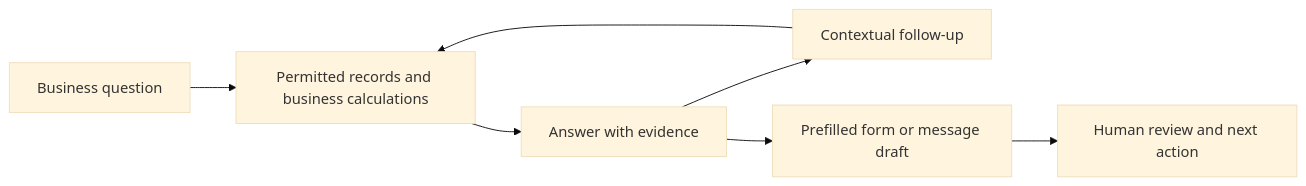
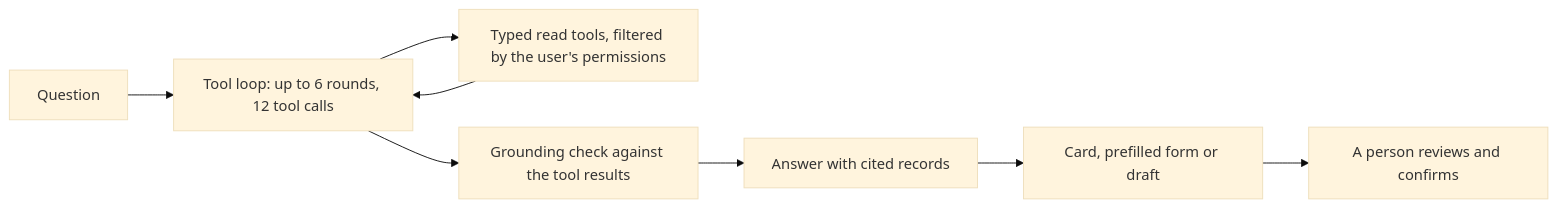
One commit to KimChen001/flowchain-showcase changed the diagram in README.md. Above: the diagram before and after it, drawn with Mermaid (base theme). The commit also changed other lines of this file and 17 other files, not shown here.

First line of the commit message:
Update the showcase for the current FlowChain

````diff
--- a/README.md
+++ b/README.md
@@ -41,9 +37,10 @@
 ```mermaid
 flowchart LR
-    Q[Business question] --> R[Permitted records and business calculations]
-    R --> A[Answer with evidence]
-    A --> F[Contextual follow-up]
-    F --> R
-    A --> D[Prefilled form or message draft]
-    D --> H[Human review and next action]
+    Q[Question] --> L[Tool loop: up to 6 rounds, 12 tool calls]
+    L --> T[Typed read tools, filtered by the user's permissions]
+    T --> L
+    L --> G[Grounding check against the tool results]
+    G --> A[Answer with cited records]
+    A --> C[Card, prefilled form or draft]
+    C --> P[A person reviews and confirms]
 ```
````
